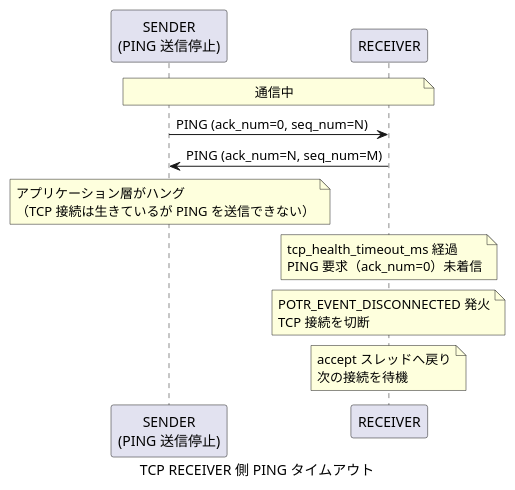
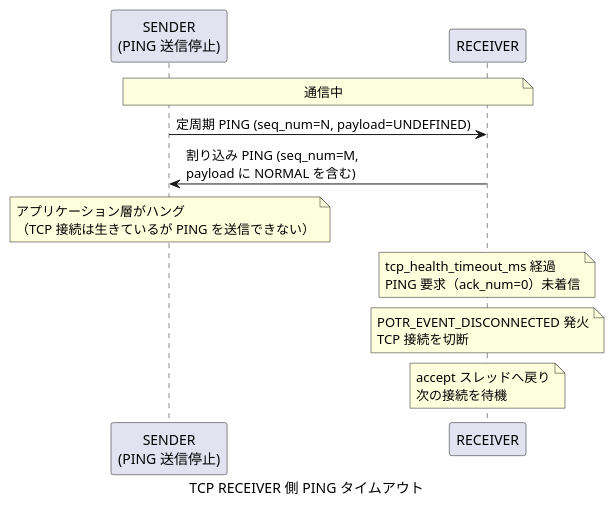
Before and after one commit to Hondarer/c-modernization-kit: diagram 26 of 29 in app/porter/docs/sequence.md, drawn with PlantUML. The commit also changed other lines of this file and 7 other files, not shown here.

````diff
--- a/app/porter/docs/sequence.md
+++ b/app/porter/docs/sequence.md
@@ -914,20 +917,20 @@
 ```plantuml
 @startuml TCP RECEIVER PING タイムアウト
 caption TCP RECEIVER 側 PING タイムアウト
 
 participant "SENDER\n(PING 送信停止)" as S
 participant "RECEIVER" as R
 
 note over S,R: 通信中
 
-S -> R: PING (ack_num=0, seq_num=N)
-R -> S: PING (ack_num=N, seq_num=M)
+S -> R: 定周期 PING (seq_num=N, payload=UNDEFINED)
+R -> S: 割り込み PING (seq_num=M,\npayload に NORMAL を含む)
 note over S: アプリケーション層がハング\n（TCP 接続は生きているが PING を送信できない）
 
 note over R: tcp_health_timeout_ms 経過\nPING 要求（ack_num=0）未着信
 note over R: POTR_EVENT_DISCONNECTED 発火\nTCP 接続を切断
 
 note over R: accept スレッドへ戻り\n次の接続を待機
 
 @enduml
 ```
````
